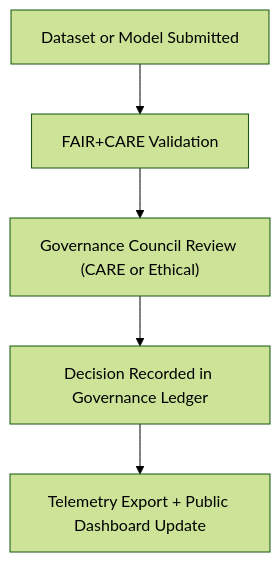
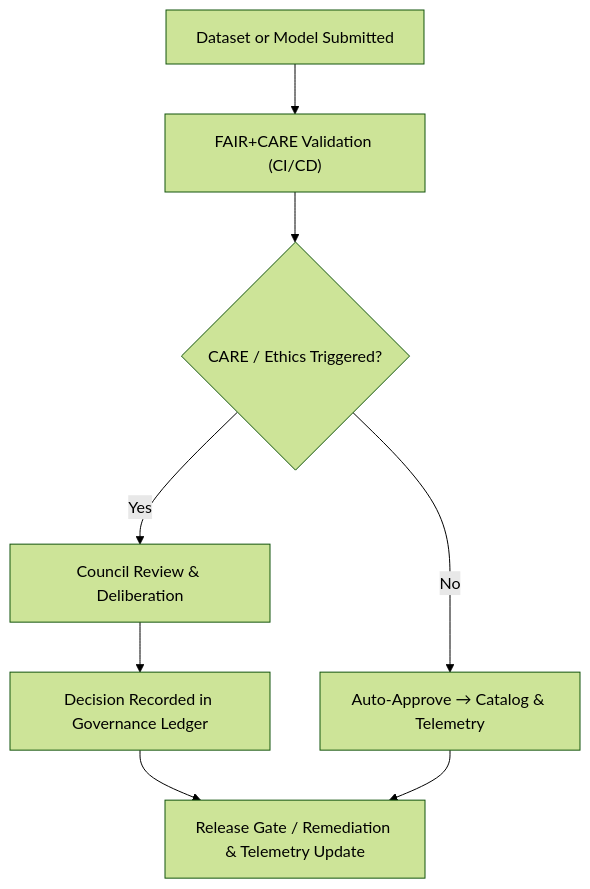
Before and after one commit to bartytime4life/Kansas-Frontier-Matrix: the diagram in docs/standards/governance/ROOT-GOVERNANCE.md, drawn with Mermaid (forest theme). The commit also changed other lines of this file, not shown here.

````diff
--- a/docs/standards/governance/ROOT-GOVERNANCE.md
+++ b/docs/standards/governance/ROOT-GOVERNANCE.md
@@ -111,7 +118,10 @@
 ```mermaid
 flowchart TD
-A["Dataset or Model Submitted"] --> B["FAIR+CARE Validation"]
-B --> C["Governance Council Review (CARE or Ethical)"]
-C --> D["Decision Recorded in Governance Ledger"]
-D --> E["Telemetry Export + Public Dashboard Update"]
+  A["Dataset or Model Submitted"] --> B["FAIR+CARE Validation (CI/CD)"]
+  B --> C{"CARE / Ethics Triggered?"}
+  C -->|No| D["Auto-Approve → Catalog & Telemetry"]
+  C -->|Yes| E["Council Review & Deliberation"]
+  E --> F["Decision Recorded in Governance Ledger"]
+  F --> G["Release Gate / Remediation & Telemetry Update"]
+  D --> G
 ```
````
